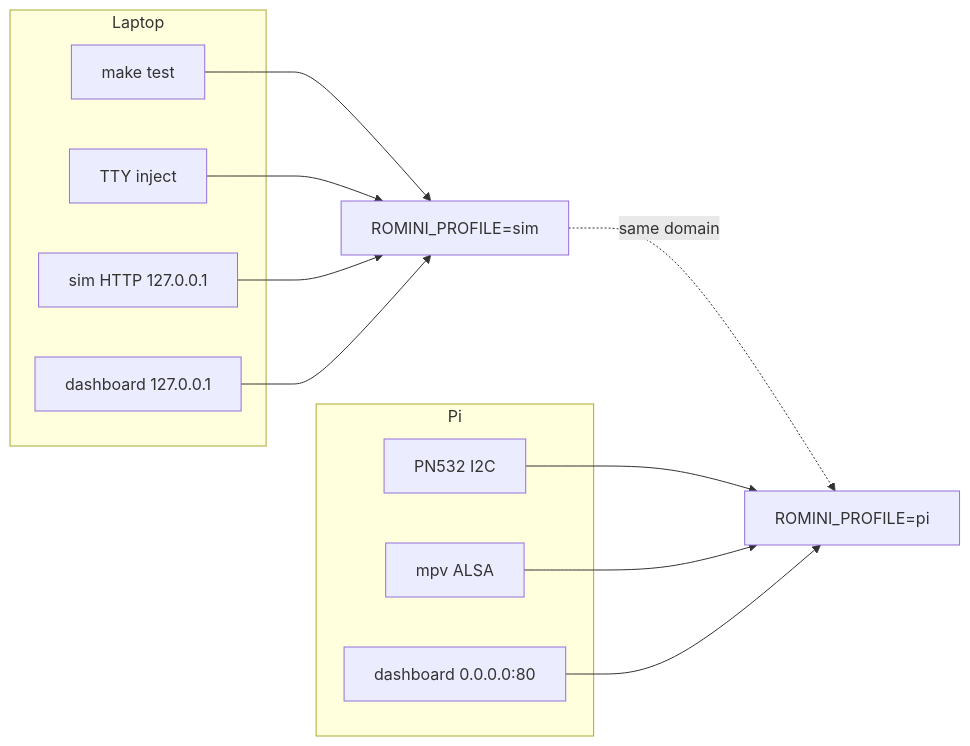
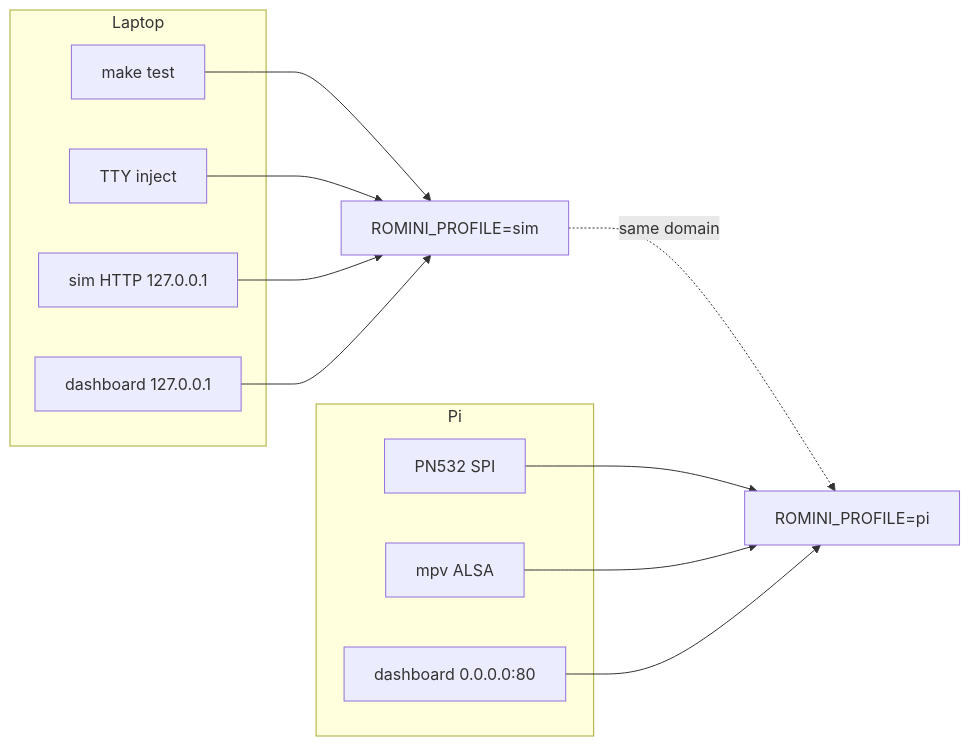
Before and after one commit to mzworthington/RoMini: the diagram in docs/guide.md, drawn with Mermaid. The commit also changed other lines of this file and 15 other files, not shown here.

````diff
--- a/docs/guide.md
+++ b/docs/guide.md
@@ -7,22 +7,22 @@
 ```mermaid
 flowchart LR
   subgraph laptop ["Laptop"]
     tests["make test"]
     tty["TTY inject"]
     http["sim HTTP 127.0.0.1"]
     dash["dashboard 127.0.0.1"]
   end
   subgraph box ["Pi"]
-    nfc["PN532 I2C"]
+    nfc["PN532 SPI"]
     mpv["mpv ALSA"]
     lan["dashboard 0.0.0.0:80"]
   end
   tests --> sim["ROMINI_PROFILE=sim"]
   tty --> sim
   http --> sim
   dash --> sim
   sim -.->|"same domain"| pi["ROMINI_PROFILE=pi"]
   nfc --> pi
   mpv --> pi
   lan --> pi
 ```
````
